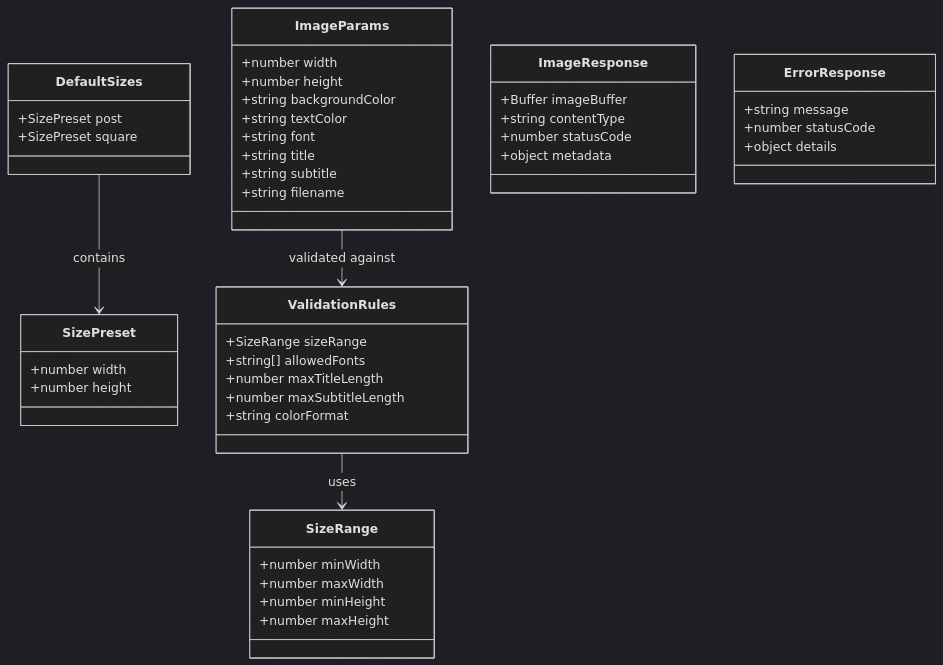
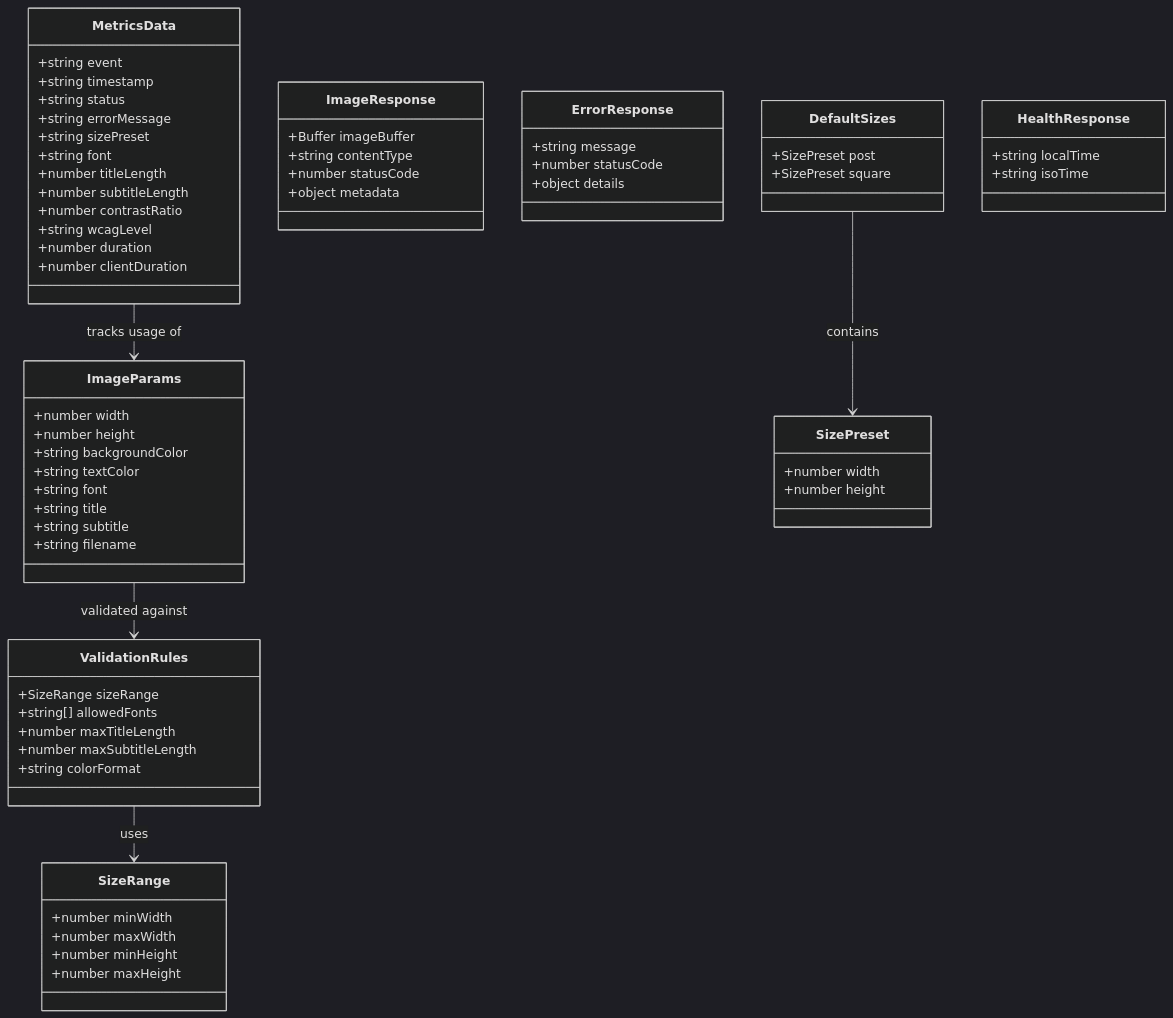
One commit to victoriacheng15/cover-craft changed the third of 7 diagrams in docs/backend_architecture.md. Above: the diagram before and after it, drawn with Mermaid (dark theme). The commit also changed other lines of this file and 1 other file, not shown here.

Commit message:
update frontend and backend architecture docs (#68)

````diff
--- a/docs/backend_architecture.md
+++ b/docs/backend_architecture.md
@@ -30,55 +109,76 @@
 ```mermaid
 classDiagram
     class ImageParams {
         +number width
         +number height
         +string backgroundColor
         +string textColor
         +string font
         +string title
         +string subtitle
         +string filename
     }
 
     class DefaultSizes {
         +SizePreset post
         +SizePreset square
     }
 
     class SizePreset {
         +number width
         +number height
     }
 
     class ImageResponse {
         +Buffer imageBuffer
         +string contentType
         +number statusCode
         +object metadata
     }
 
     class ErrorResponse {
         +string message
         +number statusCode
         +object details
     }
 
     class ValidationRules {
         +SizeRange sizeRange
         +string[] allowedFonts
         +number maxTitleLength
         +number maxSubtitleLength
         +string colorFormat
     }
 
     class SizeRange {
         +number minWidth
         +number maxWidth
         +number minHeight
         +number maxHeight
     }
 
+    class MetricsData {
+        +string event
+        +string timestamp
+        +string status
+        +string errorMessage
+        +string sizePreset
+        +string font
+        +number titleLength
+        +number subtitleLength
+        +number contrastRatio
+        +string wcagLevel
+        +number duration
+        +number clientDuration
+    }
+
+    class HealthResponse {
+        +string localTime
+        +string isoTime
+    }
+
     DefaultSizes --> SizePreset : contains
     ValidationRules --> SizeRange : uses
     ImageParams --> ValidationRules : validated against
+    MetricsData --> ImageParams : tracks usage of
 ```
````
